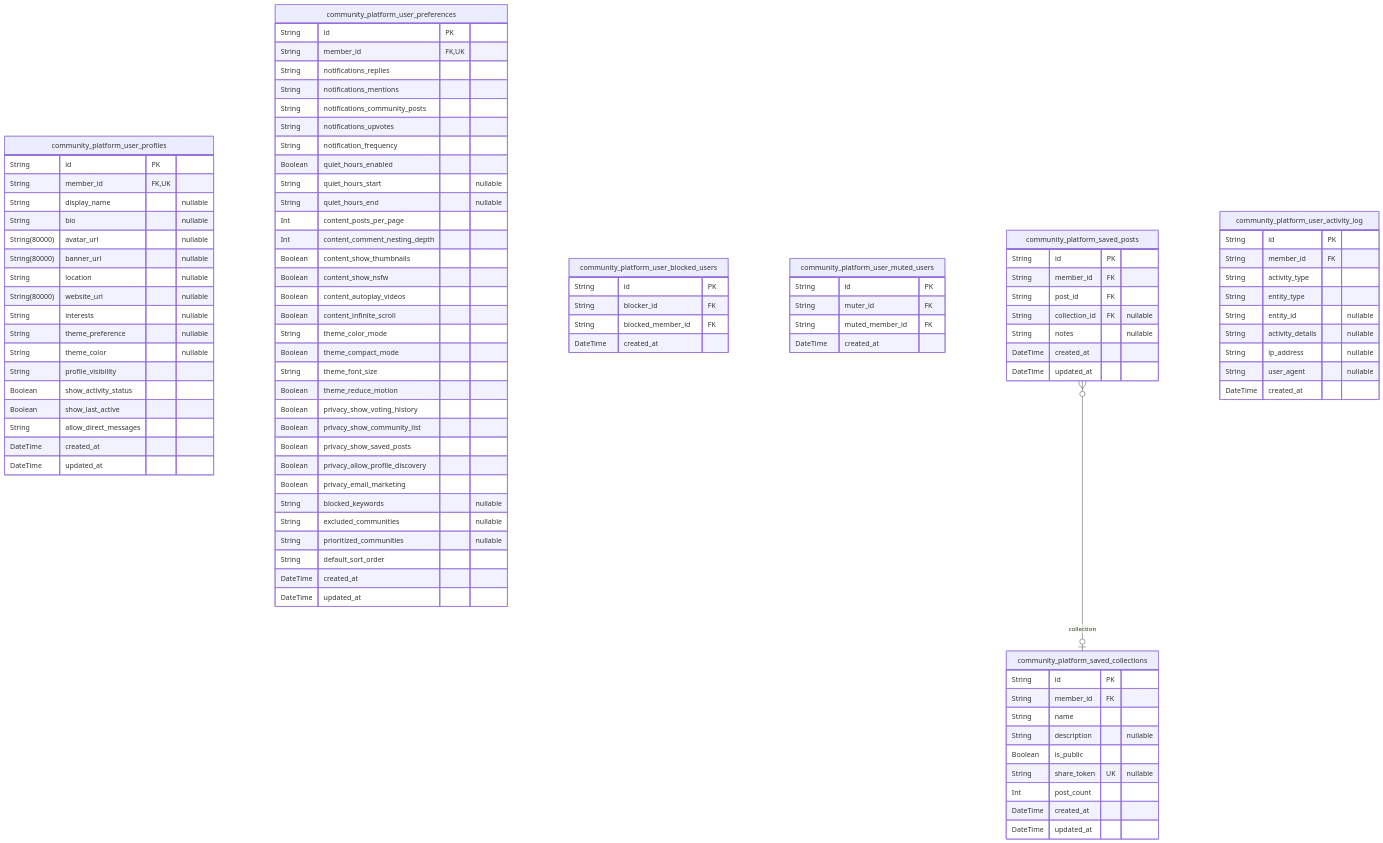
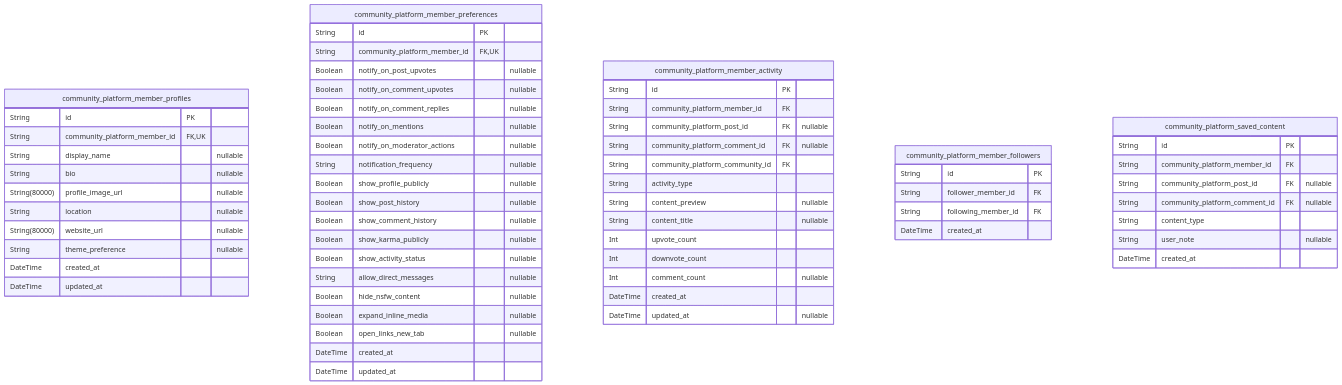
One commit to wrtnlabs/autobe-examples changed the seventh of 9 diagrams in anthropic/claude-haiku-4.5/reddit/docs/ERD.md. Above: the diagram before and after it, drawn with Mermaid. The commit also changed other lines of this file and 22498 other files, not shown here.

````diff
--- a/anthropic/claude-haiku-4.5/reddit/docs/ERD.md
+++ b/anthropic/claude-haiku-4.5/reddit/docs/ERD.md
@@ -1773,99 +1832,66 @@
 ```mermaid
 erDiagram
-"community_platform_user_profiles" {
+"community_platform_member_profiles" {
   String id PK
-  String member_id FK,UK
+  String community_platform_member_id FK,UK
   String display_name "nullable"
   String bio "nullable"
-  String(80000) avatar_url "nullable"
-  String(80000) banner_url "nullable"
+  String(80000) profile_image_url "nullable"
   String location "nullable"
   String(80000) website_url "nullable"
-  String interests "nullable"
   String theme_preference "nullable"
-  String theme_color "nullable"
-  String profile_visibility
-  Boolean show_activity_status
-  Boolean show_last_active
-  String allow_direct_messages
   DateTime created_at
   DateTime updated_at
 }
-"community_platform_user_preferences" {
+"community_platform_member_preferences" {
   String id PK
-  String member_id FK,UK
-  String notifications_replies
-  String notifications_mentions
-  String notifications_community_posts
-  String notifications_upvotes
-  String notification_frequency
-  Boolean quiet_hours_enabled
-  String quiet_hours_start "nullable"
-  String quiet_hours_end "nullable"
-  Int content_posts_per_page
-  Int content_comment_nesting_depth
-  Boolean content_show_thumbnails
-  Boolean content_show_nsfw
-  Boolean content_autoplay_videos
-  Boolean content_infinite_scroll
-  String theme_color_mode
-  Boolean theme_compact_mode
-  String theme_font_size
-  Boolean theme_reduce_motion
-  Boolean privacy_show_voting_history
-  Boolean privacy_show_community_list
-  Boolean privacy_show_saved_posts
-  Boolean privacy_allow_profile_discovery
-  Boolean privacy_email_marketing
-  String blocked_keywords "nullable"
-  String excluded_communities "nullable"
-  String prioritized_communities "nullable"
-  String default_sort_order
+  String community_platform_member_id FK,UK
+  Boolean notify_on_post_upvotes "nullable"
+  Boolean notify_on_comment_upvotes "nullable"
+  Boolean notify_on_comment_replies "nullable"
+  Boolean notify_on_mentions "nullable"
+  Boolean notify_on_moderator_actions "nullable"
+  String notification_frequency "nullable"
+  Boolean show_profile_publicly "nullable"
+  Boolean show_post_history "nullable"
+  Boolean show_comment_history "nullable"
+  Boolean show_karma_publicly "nullable"
+  Boolean show_activity_status "nullable"
+  String allow_direct_messages "nullable"
+  Boolean hide_nsfw_content "nullable"
+  Boolean expand_inline_media "nullable"
+  Boolean open_links_new_tab "nullable"
   DateTime created_at
   DateTime updated_at
 }
-"community_platform_user_blocked_users" {
+"community_platform_member_activity" {
   String id PK
-  String blocker_id FK
-  String blocked_member_id FK
+  String community_platform_member_id FK
+  String community_platform_post_id FK "nullable"
+  String community_platform_comment_id FK "nullable"
+  String community_platform_community_id FK
+  String activity_type
+  String content_preview "nullable"
+  String content_title "nullable"
+  Int upvote_count
+  Int downvote_count
+  Int comment_count "nullable"
+  DateTime created_at
+  DateTime updated_at "nullable"
+}
+"community_platform_member_followers" {
+  String id PK
+  String follower_member_id FK
+  String following_member_id FK
   DateTime created_at
 }
-"community_platform_user_muted_users" {
+"community_platform_saved_content" {
   String id PK
-  String muter_id FK
-  String muted_member_id FK
+  String community_platform_member_id FK
+  String community_platform_post_id FK "nullable"
+  String community_platform_comment_id FK "nullable"
+  String content_type
+  String user_note "nullable"
   DateTime created_at
 }
-"community_platform_saved_posts" {
-  String id PK
-  String member_id FK
-  String post_id FK
-  String collection_id FK "nullable"
-  String notes "nullable"
-  DateTime created_at
-  DateTime updated_at
-}
-"community_platform_saved_collections" {
-  String id PK
-  String member_id FK
-  String name
-  String description "nullable"
-  Boolean is_public
-  String share_token UK "nullable"
-  Int post_count
-  DateTime created_at
-  DateTime updated_at
-}
-"community_platform_user_activity_log" {
-  String id PK
-  String member_id FK
-  String activity_type
-  String entity_type
-  String entity_id "nullable"
-  String activity_details "nullable"
-  String ip_address "nullable"
-  String user_agent "nullable"
-  DateTime created_at
-}
-"community_platform_saved_posts" }o--o| "community_platform_saved_collections" : collection
 ```
````
